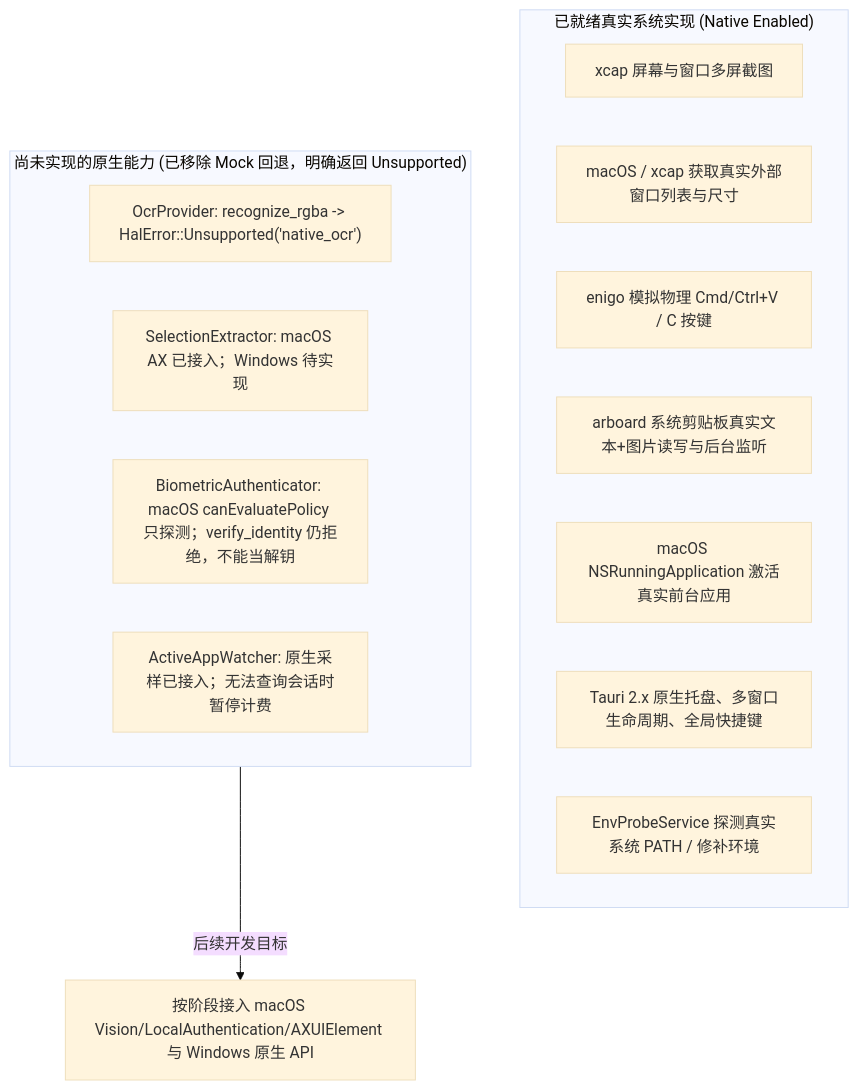
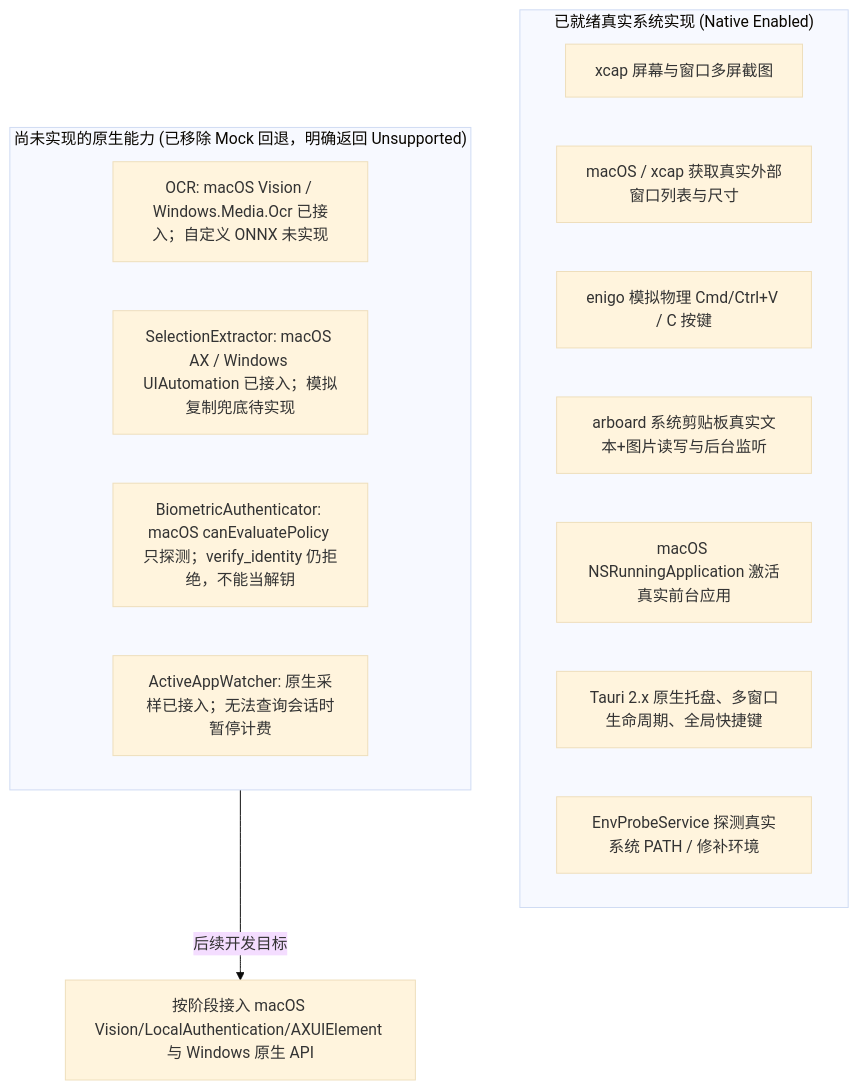
Before and after one commit to dongyan3721/YourAllIn1Helper: the second of 3 diagrams in DEVELOPMENT_CHECKLIST.md, drawn with Mermaid (base theme). The commit also changed other lines of this file and 1 other file, not shown here.

Commit message:
docs: distinguish Windows implementation gaps from pending validation

````diff
--- a/DEVELOPMENT_CHECKLIST.md
+++ b/DEVELOPMENT_CHECKLIST.md
@@ -62,21 +66,21 @@
 ```mermaid
 flowchart TD
     subgraph Real["已就绪真实系统实现 (Native Enabled)"]
         R1["xcap 屏幕与窗口多屏截图"]
         R2["macOS / xcap 获取真实外部窗口列表与尺寸"]
         R3["enigo 模拟物理 Cmd/Ctrl+V / C 按键"]
         R4["arboard 系统剪贴板真实文本+图片读写与后台监听"]
         R5["macOS NSRunningApplication 激活真实前台应用"]
         R6["Tauri 2.x 原生托盘、多窗口生命周期、全局快捷键"]
         R7["EnvProbeService 探测真实系统 PATH / 修补环境"]
     end
 
     subgraph Unsupported["尚未实现的原生能力 (已移除 Mock 回退，明确返回 Unsupported)"]
-        M1["OcrProvider: recognize_rgba -> HalError::Unsupported('native_ocr')"]
-        M2["SelectionExtractor: macOS AX 已接入；Windows 待实现"]
+        M1["OCR: macOS Vision / Windows.Media.Ocr 已接入；自定义 ONNX 未实现"]
+        M2["SelectionExtractor: macOS AX / Windows UIAutomation 已接入；模拟复制兜底待实现"]
         M3["BiometricAuthenticator: macOS canEvaluatePolicy 只探测；verify_identity 仍拒绝，不能当解钥"]
         M4["ActiveAppWatcher: 原生采样已接入；无法查询会话时暂停计费"]
     end
 
     Unsupported -->|后续开发目标| RealTransform["按阶段接入 macOS Vision/LocalAuthentication/AXUIElement 与 Windows 原生 API"]
 ```
````
